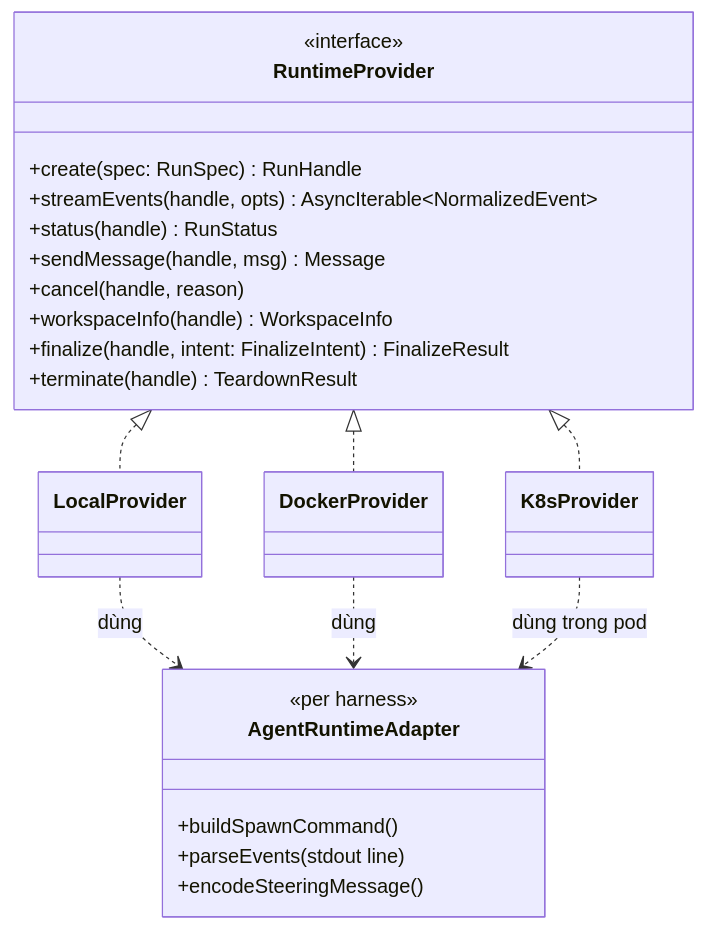
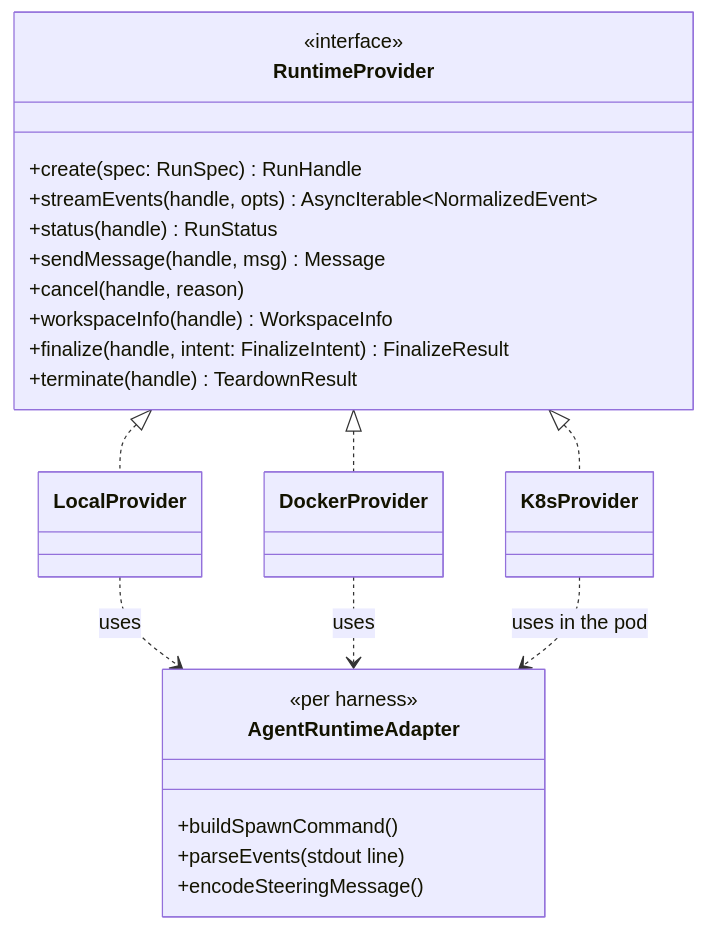
One commit to namphuongtran/warren changed the fifth of 12 diagrams in docs/design/architecture-overview.md. Above: the diagram before and after it, drawn with Mermaid. The commit also changed other lines of this file and 4 other files, not shown here.

````diff
--- a/docs/design/architecture-overview.md
+++ b/docs/design/architecture-overview.md
@@ -275,29 +275,29 @@
 ```mermaid
 classDiagram
     class RuntimeProvider {
         <<interface>>
         +create(spec: RunSpec) RunHandle
         +streamEvents(handle, opts) AsyncIterable~NormalizedEvent~
         +status(handle) RunStatus
         +sendMessage(handle, msg) Message
         +cancel(handle, reason)
         +workspaceInfo(handle) WorkspaceInfo
         +finalize(handle, intent: FinalizeIntent) FinalizeResult
         +terminate(handle) TeardownResult
     }
     class LocalProvider
     class DockerProvider
     class K8sProvider
     class AgentRuntimeAdapter {
         <<per harness>>
         +buildSpawnCommand()
         +parseEvents(stdout line)
         +encodeSteeringMessage()
     }
     RuntimeProvider <|.. LocalProvider
     RuntimeProvider <|.. DockerProvider
     RuntimeProvider <|.. K8sProvider
-    LocalProvider ..> AgentRuntimeAdapter : dùng
-    DockerProvider ..> AgentRuntimeAdapter : dùng
-    K8sProvider ..> AgentRuntimeAdapter : dùng trong pod
+    LocalProvider ..> AgentRuntimeAdapter : uses
+    DockerProvider ..> AgentRuntimeAdapter : uses
+    K8sProvider ..> AgentRuntimeAdapter : uses in the pod
 ```
````
